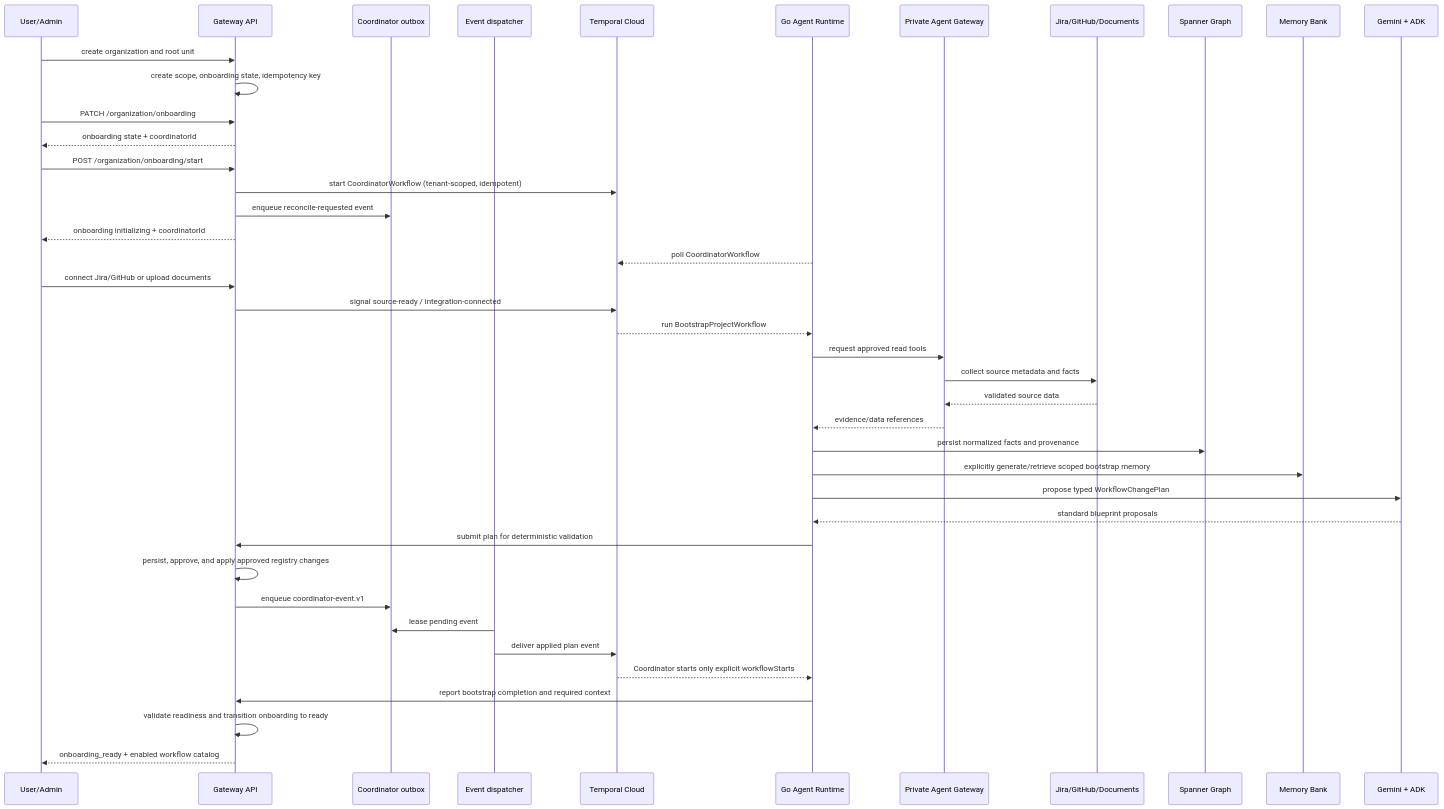
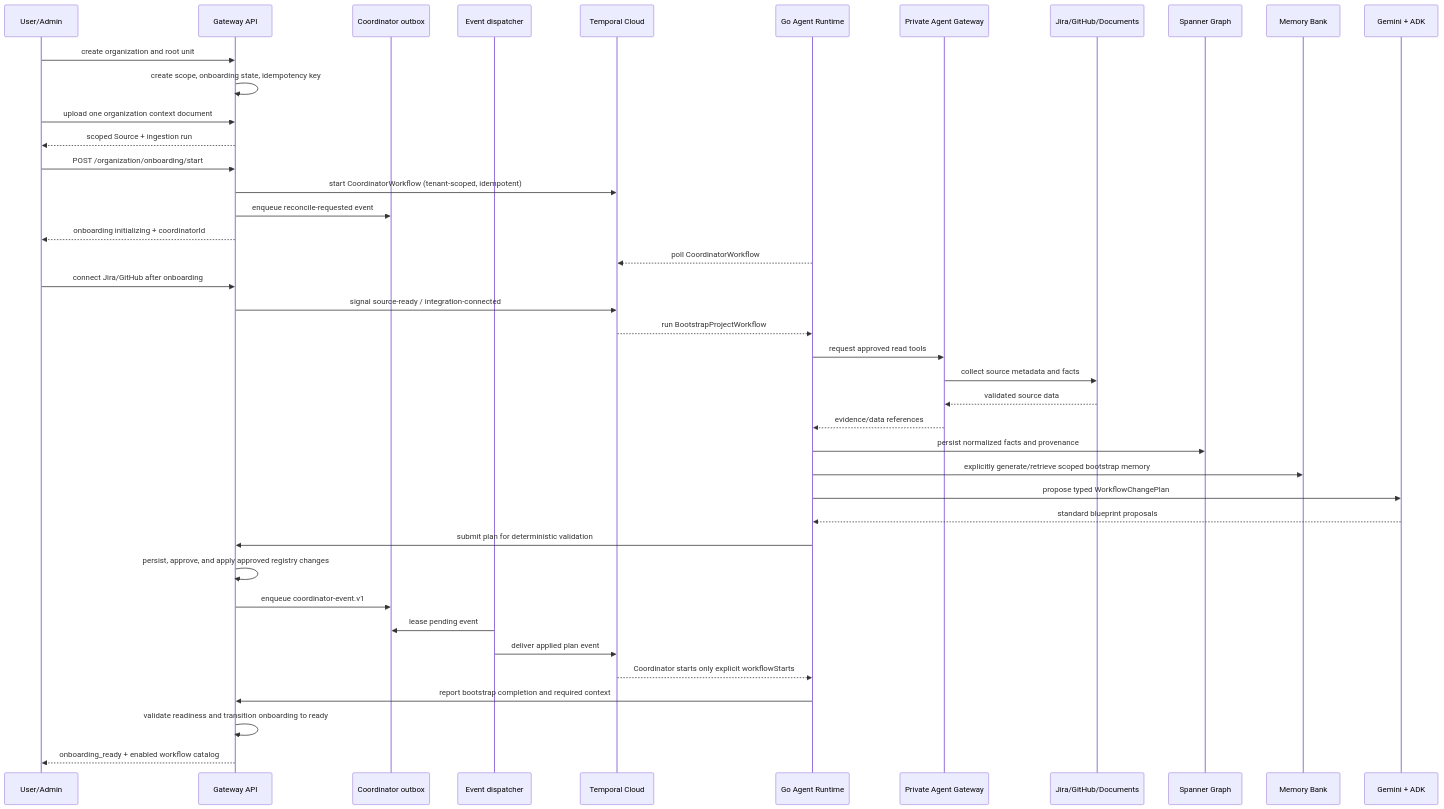
Before and after one commit to andriishupta/encois: the second of 5 diagrams in docs/flows.md, drawn with Mermaid. The commit also changed other lines of this file and 91 other files, not shown here.

````diff
--- a/docs/flows.md
+++ b/docs/flows.md
@@ -98,45 +98,45 @@
 ```mermaid
 sequenceDiagram
     participant User as User/Admin
     participant API as Gateway API
     participant Outbox as Coordinator outbox
     participant Dispatcher as Event dispatcher
     participant Temporal as Temporal Cloud
     participant Runtime as Go Agent Runtime
     participant AgentGW as Private Agent Gateway
     participant Sources as Jira/GitHub/Documents
     participant Graph as Spanner Graph
     participant Memory as Memory Bank
     participant Gemini as Gemini + ADK
 
     User->>API: create organization and root unit
     API->>API: create scope, onboarding state, idempotency key
-    User->>API: PATCH /organization/onboarding
-    API-->>User: onboarding state + coordinatorId
+    User->>API: upload one organization context document
+    API-->>User: scoped Source + ingestion run
     User->>API: POST /organization/onboarding/start
     API->>Temporal: start CoordinatorWorkflow (tenant-scoped, idempotent)
     API->>Outbox: enqueue reconcile-requested event
     API-->>User: onboarding initializing + coordinatorId
     Runtime-->>Temporal: poll CoordinatorWorkflow
 
-    User->>API: connect Jira/GitHub or upload documents
+    User->>API: connect Jira/GitHub after onboarding
     API->>Temporal: signal source-ready / integration-connected
     Temporal-->>Runtime: run BootstrapProjectWorkflow
     Runtime->>AgentGW: request approved read tools
     AgentGW->>Sources: collect source metadata and facts
     Sources-->>AgentGW: validated source data
     AgentGW-->>Runtime: evidence/data references
     Runtime->>Graph: persist normalized facts and provenance
     Runtime->>Memory: explicitly generate/retrieve scoped bootstrap memory
     Runtime->>Gemini: propose typed WorkflowChangePlan
     Gemini-->>Runtime: standard blueprint proposals
     Runtime->>API: submit plan for deterministic validation
     API->>API: persist, approve, and apply approved registry changes
     API->>Outbox: enqueue coordinator-event.v1
     Dispatcher->>Outbox: lease pending event
     Dispatcher->>Temporal: deliver applied plan event
     Temporal-->>Runtime: Coordinator starts only explicit workflowStarts
     Runtime->>API: report bootstrap completion and required context
     API->>API: validate readiness and transition onboarding to ready
     API-->>User: onboarding_ready + enabled workflow catalog
 ```
````
